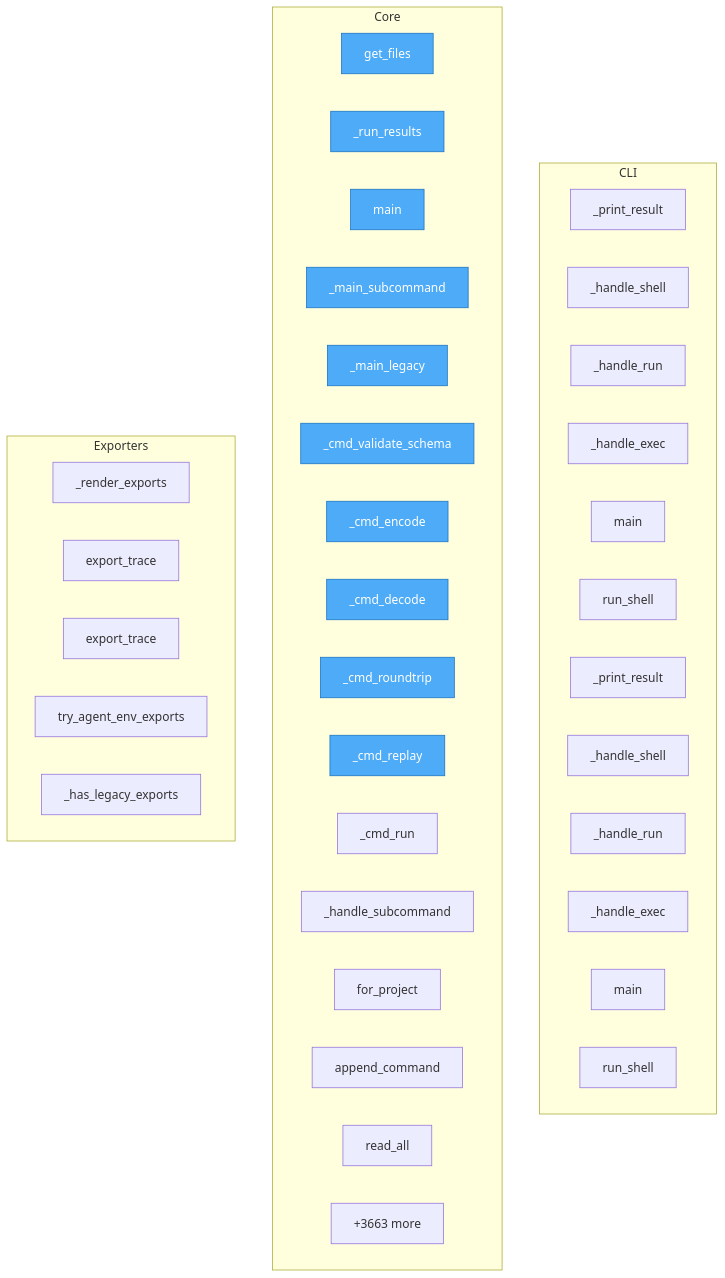
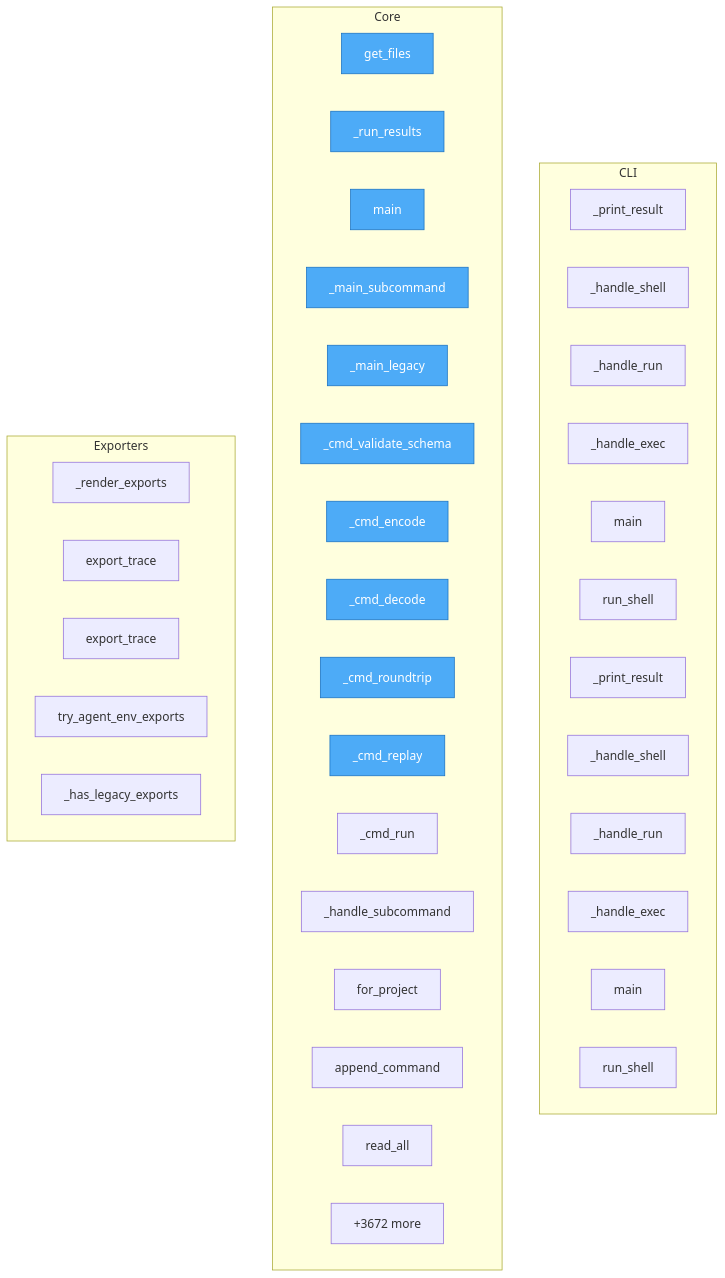
The diagram in project/flow.mmd (semcod/koru), drawn with Mermaid before and after one commit. The commit also changed 37 other files, not shown here.

```diff
--- a/project/flow.mmd
+++ b/project/flow.mmd
@@ -1,49 +1,49 @@
 flowchart TD
-%% generated in 2.13s
+%% generated in 0.95s
 
     %% Entry points (blue)
     classDef entry fill:#4dabf7,stroke:#1971c2,color:#fff
 
     subgraph CLI
         packages__cli2koru__src__cli2koru__cli___print_result["_print_result"]
         packages__cli2koru__src__cli2koru__cli___handle_shell["_handle_shell"]
         packages__cli2koru__src__cli2koru__cli___handle_run["_handle_run"]
         packages__cli2koru__src__cli2koru__cli___handle_exec["_handle_exec"]
         packages__cli2koru__src__cli2koru__cli__main["main"]
         packages__cli2koru__src__cli2koru__shell__run_shell["run_shell"]
         packages__cli2coru__src__cli2coru__cli___print_result["_print_result"]
         packages__cli2coru__src__cli2coru__cli___handle_shell["_handle_shell"]
         packages__cli2coru__src__cli2coru__cli___handle_run["_handle_run"]
         packages__cli2coru__src__cli2coru__cli___handle_exec["_handle_exec"]
         packages__cli2coru__src__cli2coru__cli__main["main"]
         packages__cli2coru__src__cli2coru__shell__run_shell["run_shell"]
     end
 
     subgraph Core
         check_dups__get_files["get_files"]
         packages__dsl2koru__src__dsl2koru__cli___run_results["_run_results"]
         packages__dsl2koru__src__dsl2koru__cli__main["main"]
         packages__dsl2koru__src__dsl2koru__cli___main_subcommand["_main_subcommand"]
         packages__dsl2koru__src__dsl2koru__cli___main_legacy["_main_legacy"]
         packages__dsl2koru__src__dsl2koru__cli___cmd_validate_schema["_cmd_validate_schema"]
         packages__dsl2koru__src__dsl2koru__cli___cmd_encode["_cmd_encode"]
         packages__dsl2koru__src__dsl2koru__cli___cmd_decode["_cmd_decode"]
         packages__dsl2koru__src__dsl2koru__cli___cmd_roundtrip["_cmd_roundtrip"]
         packages__dsl2koru__src__dsl2koru__cli___cmd_replay["_cmd_replay"]
         packages__dsl2koru__src__dsl2koru__cli___cmd_run["_cmd_run"]
         packages__dsl2koru__src__dsl2koru__cli___handle_subcommand["_handle_subcommand"]
         packages__dsl2koru__src__dsl2koru__events__EventStore__for_project["for_project"]
         packages__dsl2koru__src__dsl2koru__events__EventStore__append_command["append_command"]
         packages__dsl2koru__src__dsl2koru__events__EventStore__read_all["read_all"]
-        ...["+3663 more"]
+        ...["+3672 more"]
     end
 
     subgraph Exporters
         packages__koruenv__src__koruenv__cli___render_exports["_render_exports"]
         packages__nlpshim__src__nlpshim__conversation_client__ConversationTestClient__export_trace["export_trace"]
         packages__nlpshim__src__nlpshim__conversation_test_api__export_trace["export_trace"]
         src__koru__agent_cli_helpers__try_agent_env_exports["try_agent_env_exports"]
         src__koru__cli___has_legacy_exports["_has_legacy_exports"]
     end
 
     class check_dups__get_files,packages__dsl2koru__src__dsl2koru__cli___run_results,packages__dsl2koru__src__dsl2koru__cli__main,packages__dsl2koru__src__dsl2koru__cli___main_subcommand,packages__dsl2koru__src__dsl2koru__cli___main_legacy,packages__dsl2koru__src__dsl2koru__cli___cmd_validate_schema,packages__dsl2koru__src__dsl2koru__cli___cmd_encode,packages__dsl2koru__src__dsl2koru__cli___cmd_decode,packages__dsl2koru__src__dsl2koru__cli___cmd_roundtrip,packages__dsl2koru__src__dsl2koru__cli___cmd_replay entry
```
